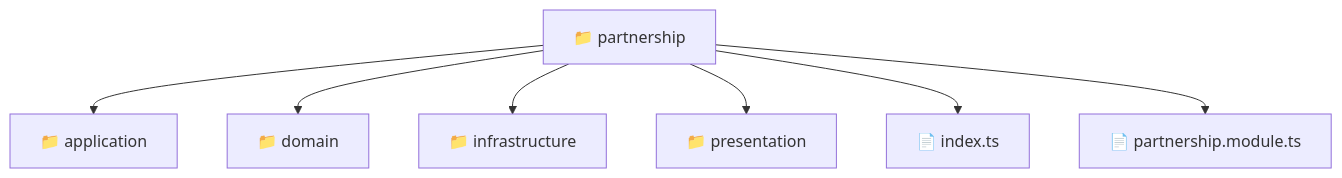
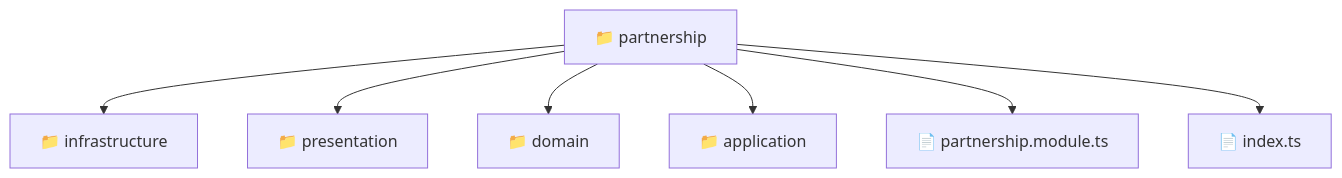
Before and after one commit to beginwebdev2002/fullstack-mavluda: the diagram in backend/src/modules/partnership/README.md, drawn with Mermaid. The commit also changed other lines of this file and 157 other files, not shown here.

````diff
--- a/backend/src/modules/partnership/README.md
+++ b/backend/src/modules/partnership/README.md
@@ -9,10 +9,10 @@
 ```mermaid
 graph TD
-  Root["📁 partnership"]
-  Root --> application["📁 application"]
-  Root --> domain["📁 domain"]
-  Root --> infrastructure["📁 infrastructure"]
-  Root --> presentation["📁 presentation"]
-  Root --> index_ts["📄 index.ts"]
-  Root --> partnership_module_ts["📄 partnership.module.ts"]
+  partnership["📁 partnership"]
+  partnership --> infrastructure["📁 infrastructure"]
+  partnership --> presentation["📁 presentation"]
+  partnership --> domain["📁 domain"]
+  partnership --> application["📁 application"]
+  partnership --> partnership_module_ts["📄 partnership.module.ts"]
+  partnership --> index_ts["📄 index.ts"]
 ```
````
